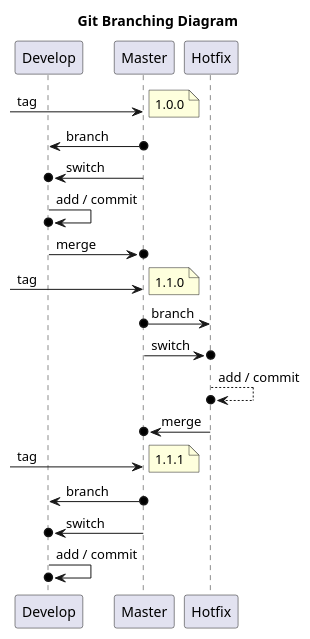
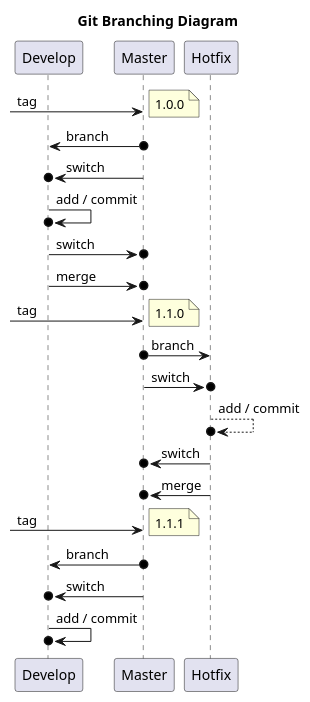
The diagram in assets/git_branching_diagram.puml (braboj/tutorial-git), drawn with PlantUML before and after one commit.

Commit message:
Update of the Git Branching Diagram

```diff
--- a/assets/git_branching_diagram.puml
+++ b/assets/git_branching_diagram.puml
@@ -1,29 +1,31 @@
 @startuml
 title "Git Branching Diagram"
 
 participant Develop
 participant Master
 participant Hotfix
 
 [-> Master:tag
 note right: 1.0.0
 
 Master  o-> Develop  : branch
 Master  ->o Develop  : switch
 Develop ->o Develop  : add / commit
+Develop ->o Master   : switch
 Develop ->o Master   : merge
 [-> Master: tag
 note right: 1.1.0
 
 Master o-> Hotfix   : branch
 Master ->o Hotfix   : switch
 Hotfix -->o Hotfix  : add / commit
+Hotfix ->o Master   : switch
 Hotfix ->o Master   : merge
 [-> Master: tag
 note right: 1.1.1
 
 Master  o-> Develop  : branch
 Master  ->o Develop  : switch
 Develop ->o Develop  : add / commit
 
 @enduml
```
